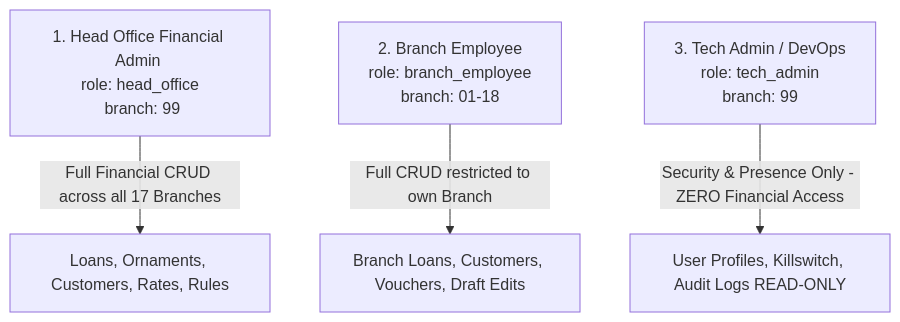
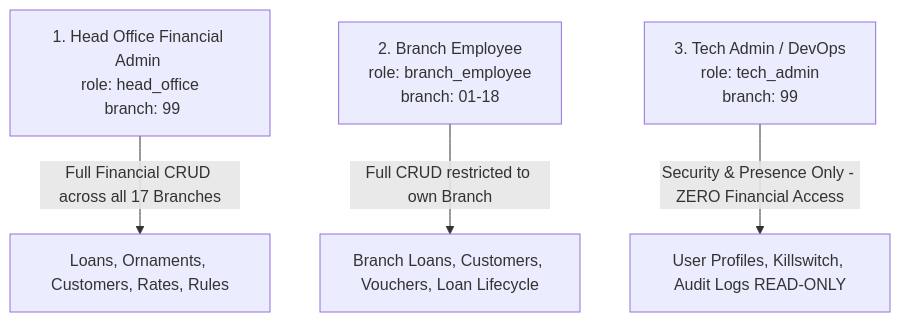
Before and after one commit to tilakpopat4/dummy_jccb: the diagram in WORK_DONE_SUMMARY.md, drawn with Mermaid. The commit also changed other lines of this file, not shown here.

Commit message:
docs: finalize work summary and complete sql schema

````diff
--- a/WORK_DONE_SUMMARY.md
+++ b/WORK_DONE_SUMMARY.md
@@ -75,6 +78,6 @@
 ```mermaid
 graph TD
     HO[1. Head Office Financial Admin <br> role: head_office <br> branch: 99] -->|Full Financial CRUD across all 17 Branches| F1[Loans, Ornaments, Customers, Rates, Rules]
-    BE[2. Branch Employee <br> role: branch_employee <br> branch: 01-18] -->|Full CRUD restricted to own Branch| F2[Branch Loans, Customers, Vouchers, Draft Edits]
+    BE[2. Branch Employee <br> role: branch_employee <br> branch: 01-18] -->|Full CRUD restricted to own Branch| F2[Branch Loans, Customers, Vouchers, Loan Lifecycle]
     TA[3. Tech Admin / DevOps <br> role: tech_admin <br> branch: 99] -->|Security & Presence Only - ZERO Financial Access| F3[User Profiles, Killswitch, Audit Logs READ-ONLY]
 ```
````
